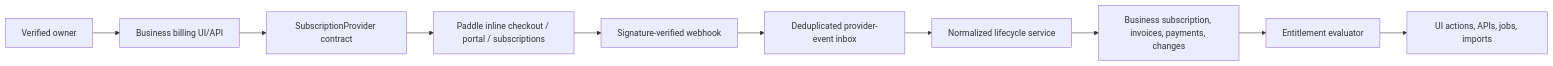
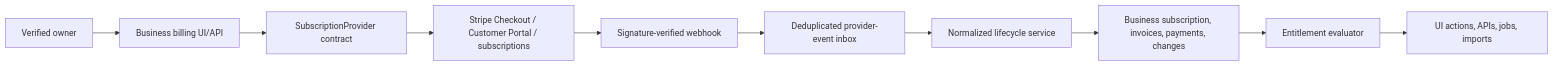
The diagram in docs/architecture.md (program-dvl/barber_app), drawn with Mermaid before and after one commit. The commit also changed other lines of this file and 359 other files, not shown here.

````diff
--- a/docs/architecture.md
+++ b/docs/architecture.md
@@ -127,12 +127,12 @@
 ```mermaid
 flowchart LR
     Owner["Verified owner"] --> UI["Business billing UI/API"]
     UI --> Contract["SubscriptionProvider contract"]
-    Contract --> Paddle["Paddle inline checkout / portal / subscriptions"]
-    Paddle --> Webhook["Signature-verified webhook"]
+    Contract --> Stripe["Stripe Checkout / Customer Portal / subscriptions"]
+    Stripe --> Webhook["Signature-verified webhook"]
     Webhook --> Inbox["Deduplicated provider-event inbox"]
     Inbox --> Lifecycle["Normalized lifecycle service"]
     Lifecycle --> Records["Business subscription, invoices, payments, changes"]
     Records --> Gate["Entitlement evaluator"]
     Gate --> Entry["UI actions, APIs, jobs, imports"]
 ```
````
